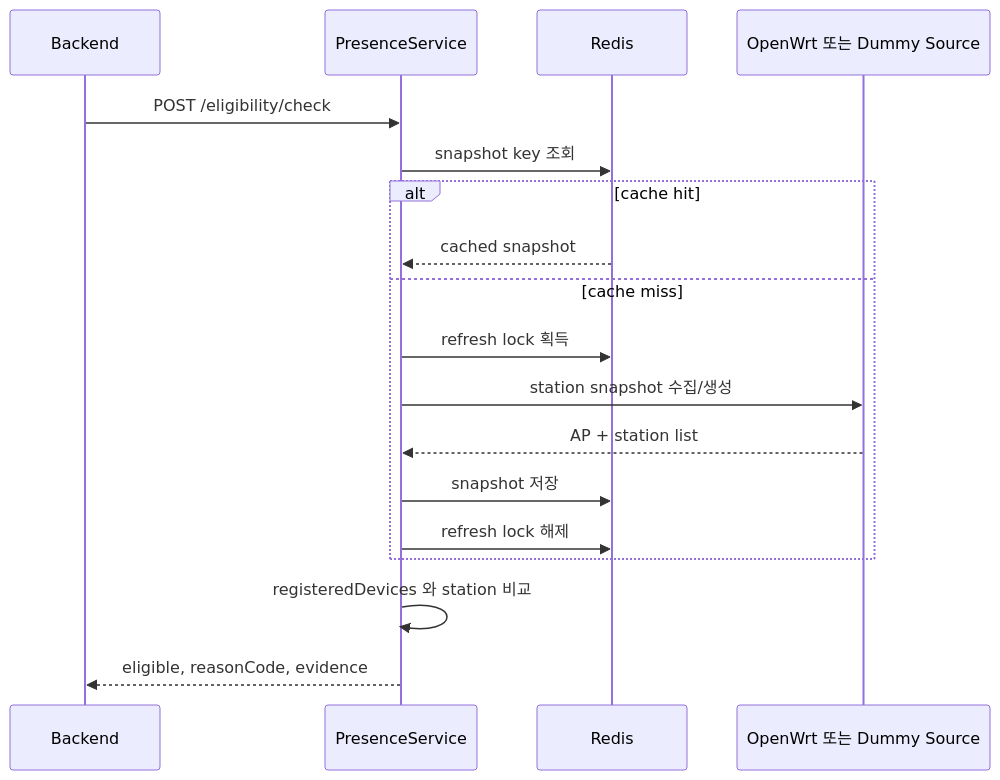
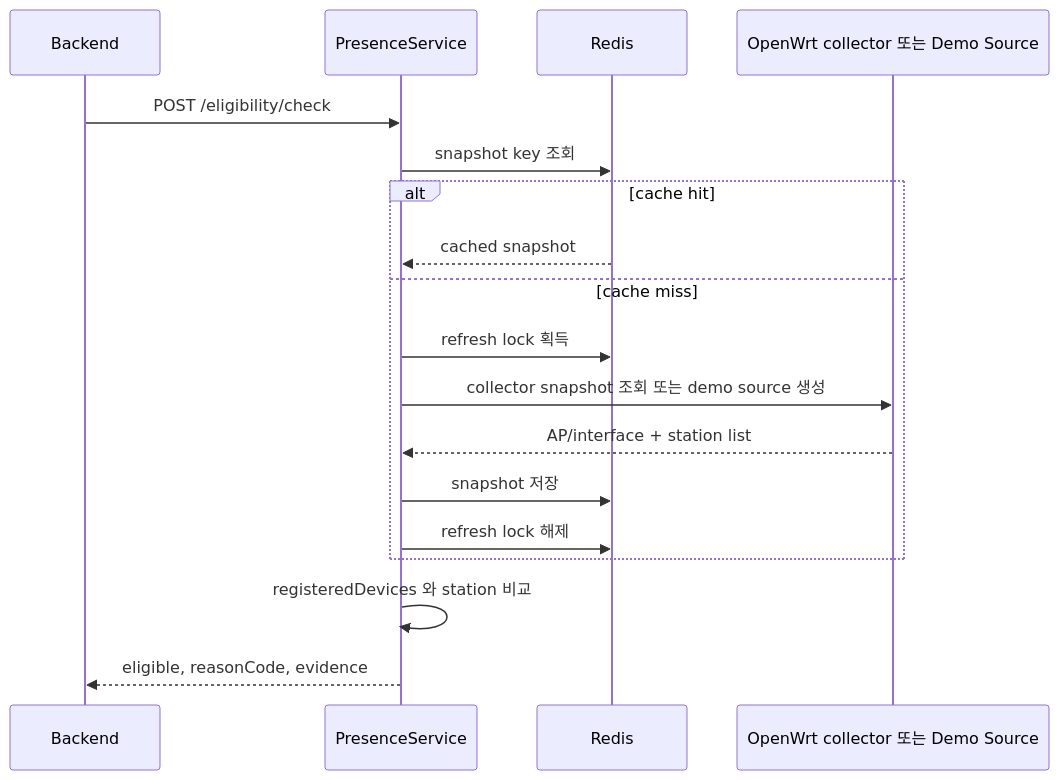
Before and after one commit to ChosunUniv2026Capstone/docs: the second of 3 diagrams in 08-reports/10-body/12-presence-service-flows.md, drawn with Mermaid. The commit also changed other lines of this file and 17 other files, not shown here.

````diff
--- a/08-reports/10-body/12-presence-service-flows.md
+++ b/08-reports/10-body/12-presence-service-flows.md
@@ -56,21 +58,21 @@
 ```mermaid
 sequenceDiagram
   participant B as Backend
   participant P as PresenceService
   participant R as Redis
-  participant O as OpenWrt 또는 Dummy Source
+  participant O as OpenWrt collector 또는 Demo Source
 
   B->>P: POST /eligibility/check
   P->>R: snapshot key 조회
   alt cache hit
     R-->>P: cached snapshot
   else cache miss
     P->>R: refresh lock 획득
-    P->>O: station snapshot 수집/생성
-    O-->>P: AP + station list
+    P->>O: collector snapshot 조회 또는 demo source 생성
+    O-->>P: AP/interface + station list
     P->>R: snapshot 저장
     P->>R: refresh lock 해제
   end
   P->>P: registeredDevices 와 station 비교
   P-->>B: eligible, reasonCode, evidence
 ```
````
